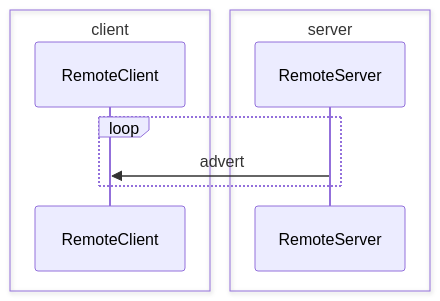
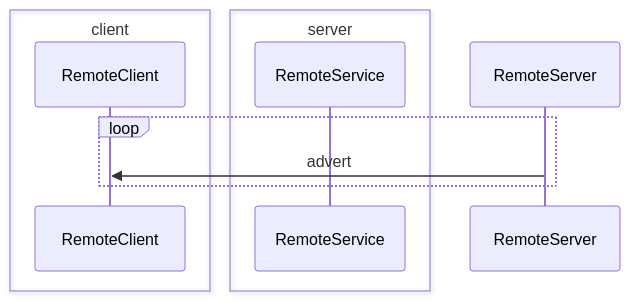
Before and after one commit to jbuehl/homealone: the diagram in docs/README.remote.md, drawn with Mermaid. The commit also changed other lines of this file and 2 other files, not shown here.

````diff
--- a/docs/README.remote.md
+++ b/docs/README.remote.md
@@ -42,12 +42,12 @@
 ```mermaid
 sequenceDiagram
 	box client
 	participant RemoteClient
 	end
 	box server
-	participant RemoteServer
+	participant RemoteService
 	end
 	loop
 		RemoteServer ->> RemoteClient: advert
 	end
 ```
````
